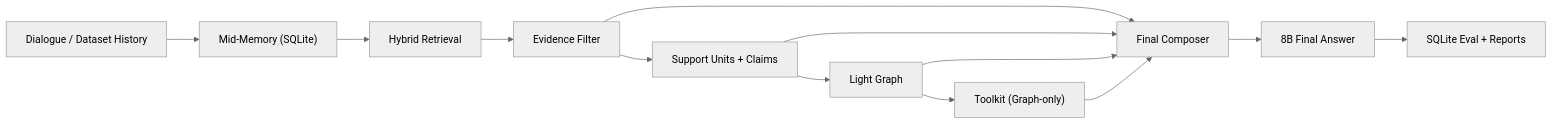
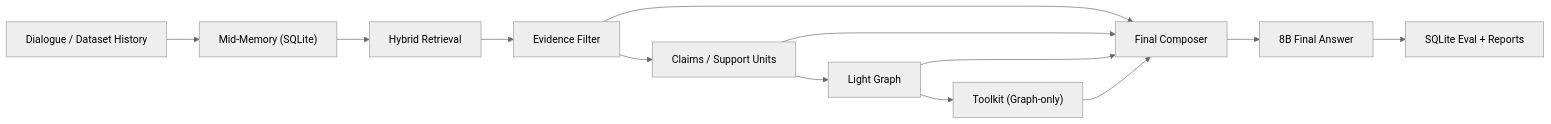
Before and after one commit to RCF-117/MemSLM: the diagram in README.md, drawn with Mermaid (neutral theme). The commit also changed other lines of this file and 32 other files, not shown here.

````diff
--- a/README.md
+++ b/README.md
@@ -29,15 +124,15 @@
 ```mermaid
 flowchart LR
     A["Dialogue / Dataset History"] --> B["Mid-Memory (SQLite)"]
     B --> C["Hybrid Retrieval"]
     C --> D["Evidence Filter"]
-    D --> E["Support Units + Claims"]
+    D --> E["Claims / Support Units"]
     E --> F["Light Graph"]
     F --> G["Toolkit (Graph-only)"]
     D --> H["Final Composer"]
     E --> H
     F --> H
     G --> H
     H --> I["8B Final Answer"]
     I --> J["SQLite Eval + Reports"]
 ```
````
